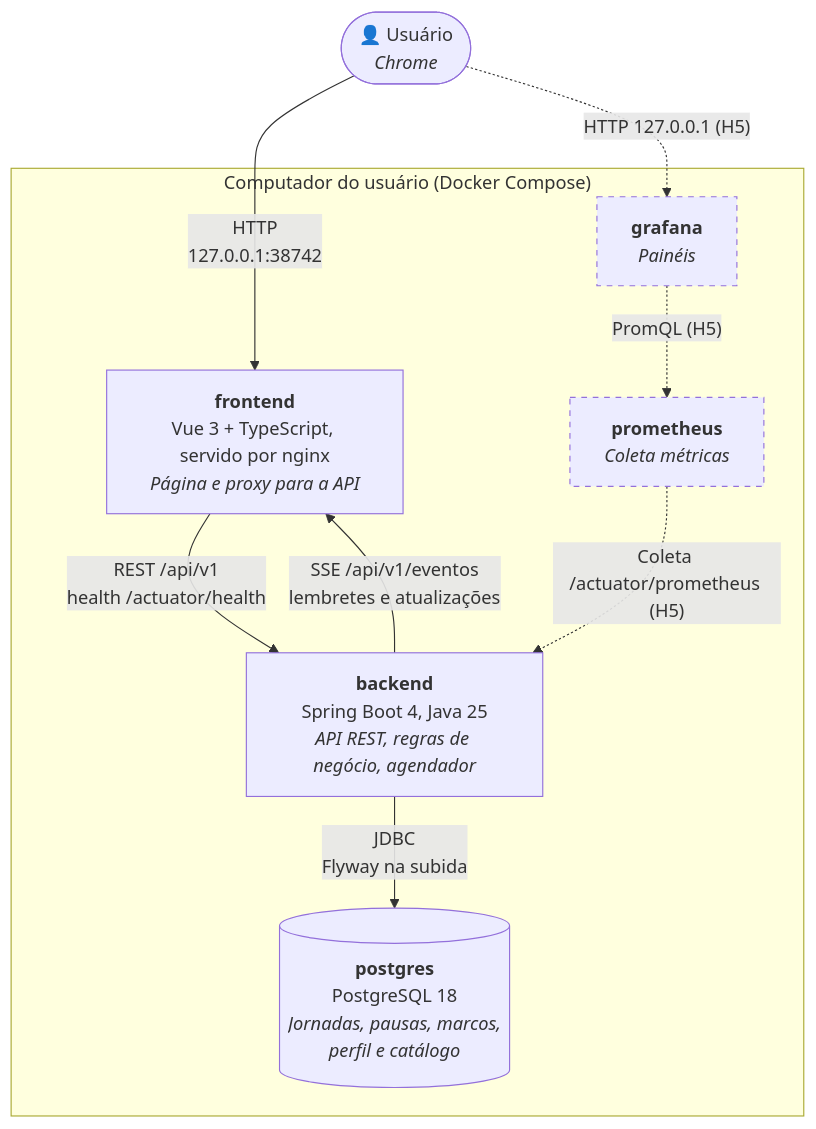
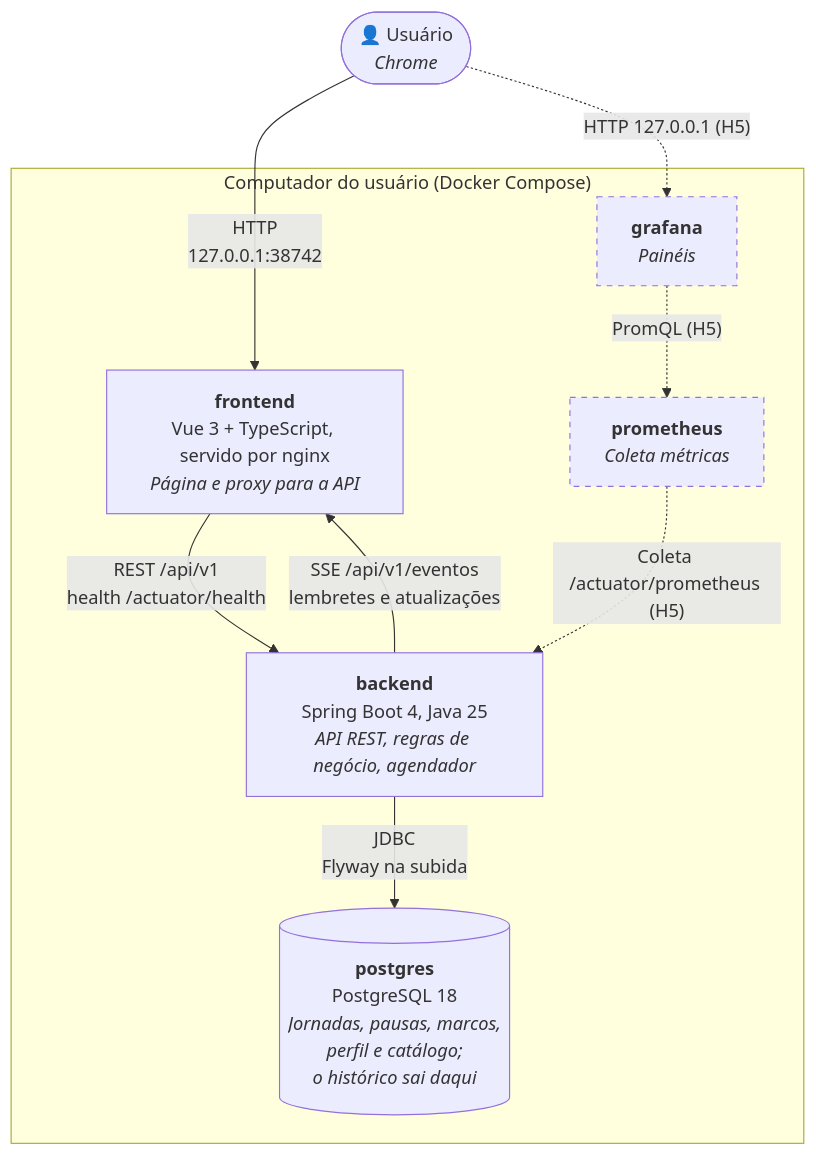
The diagram in docs/arquitetura/c4-2-containers.md (lincolnnaraujo/pausa-ativa), drawn with Mermaid before and after one commit. The commit also changed other lines of this file and 12 other files, not shown here.

````diff
--- a/docs/arquitetura/c4-2-containers.md
+++ b/docs/arquitetura/c4-2-containers.md
@@ -5,23 +5,23 @@
 ```mermaid
 flowchart TB
     U(["👤 Usuário<br/><i>Chrome</i>"])
 
     subgraph host["Computador do usuário (Docker Compose)"]
         FE["<b>frontend</b><br/>Vue 3 + TypeScript, servido por nginx<br/><i>Página e proxy para a API</i>"]
         BE["<b>backend</b><br/>Spring Boot 4, Java 25<br/><i>API REST, regras de negócio, agendador</i>"]
-        DB[("<b>postgres</b><br/>PostgreSQL 18<br/><i>Jornadas, pausas, marcos,<br/>perfil e catálogo</i>")]
+        DB[("<b>postgres</b><br/>PostgreSQL 18<br/><i>Jornadas, pausas, marcos,<br/>perfil e catálogo;<br/>o histórico sai daqui</i>")]
         PR["<b>prometheus</b><br/><i>Coleta métricas</i>"]
         GR["<b>grafana</b><br/><i>Painéis</i>"]
     end
 
     U -->|"HTTP<br/>127.0.0.1:38742"| FE
     FE -->|"REST /api/v1<br/>health /actuator/health"| BE
     BE -->|"SSE /api/v1/eventos<br/>lembretes e atualizações"| FE
     BE -->|"JDBC<br/>Flyway na subida"| DB
     PR -.->|"Coleta /actuator/prometheus (H5)"| BE
     GR -.->|"PromQL (H5)"| PR
     U -.->|"HTTP 127.0.0.1 (H5)"| GR
 
     classDef futuro stroke-dasharray: 5 5
     class PR,GR futuro
 ```
````
